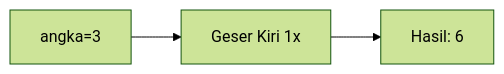
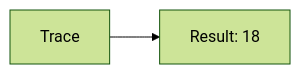
One commit to amnahwaida/OSNK_INF_PREP changed the fifth of 25 diagrams in part-c-pemahaman-cpp/06-bitwise/latihan/set-06.md. Above: the diagram before and after it, drawn with Mermaid (forest theme). The commit also changed other lines of this file and 71 other files, not shown here.

````diff
--- a/part-c-pemahaman-cpp/06-bitwise/latihan/set-06.md
+++ b/part-c-pemahaman-cpp/06-bitwise/latihan/set-06.md
@@ -185,5 +106,4 @@
 ```mermaid
 graph LR
-A["angka=3"] --> B["Geser Kiri 1x"]
-B --> C["Hasil: 6"]
+A[Trace] --> B[Result: 18]
 ```
````
